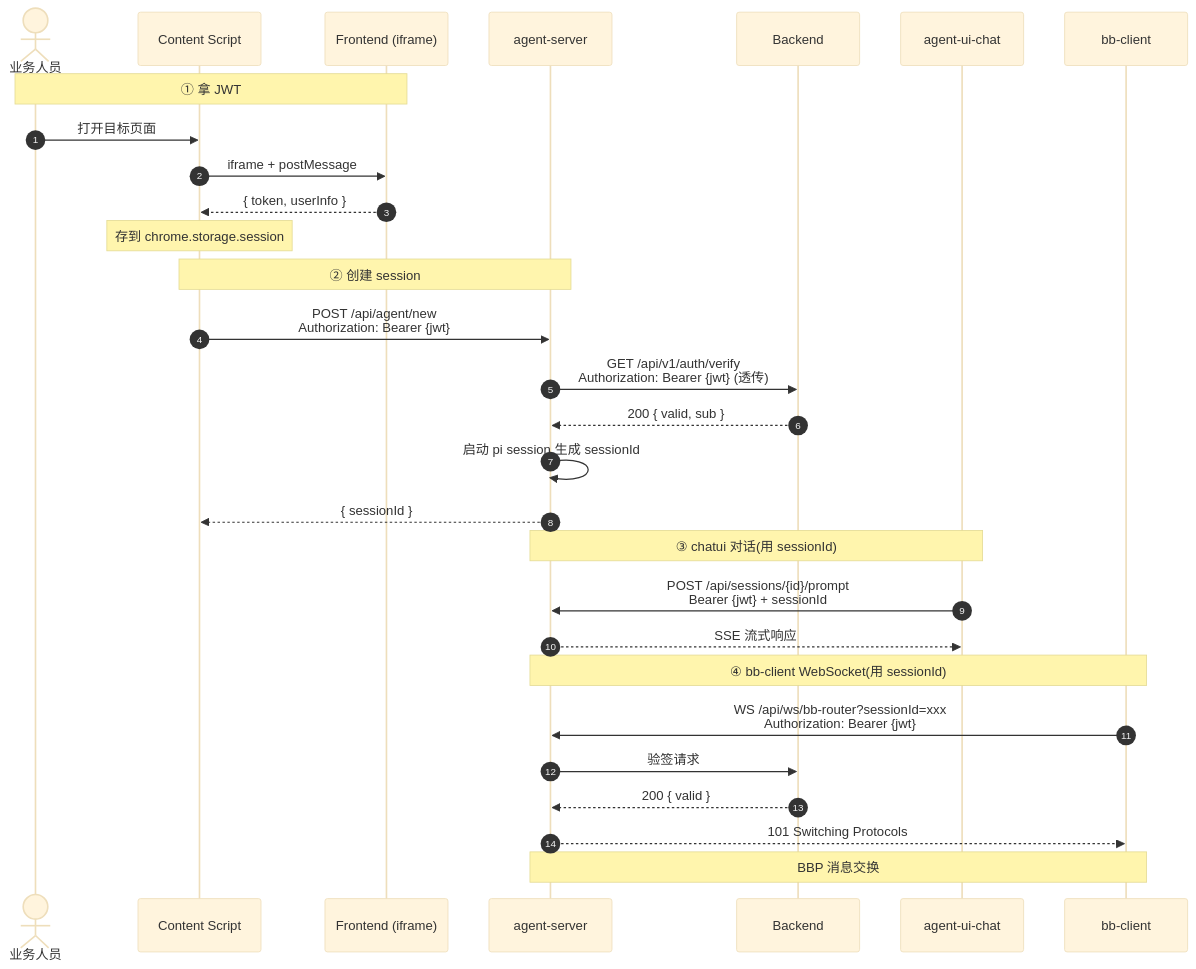
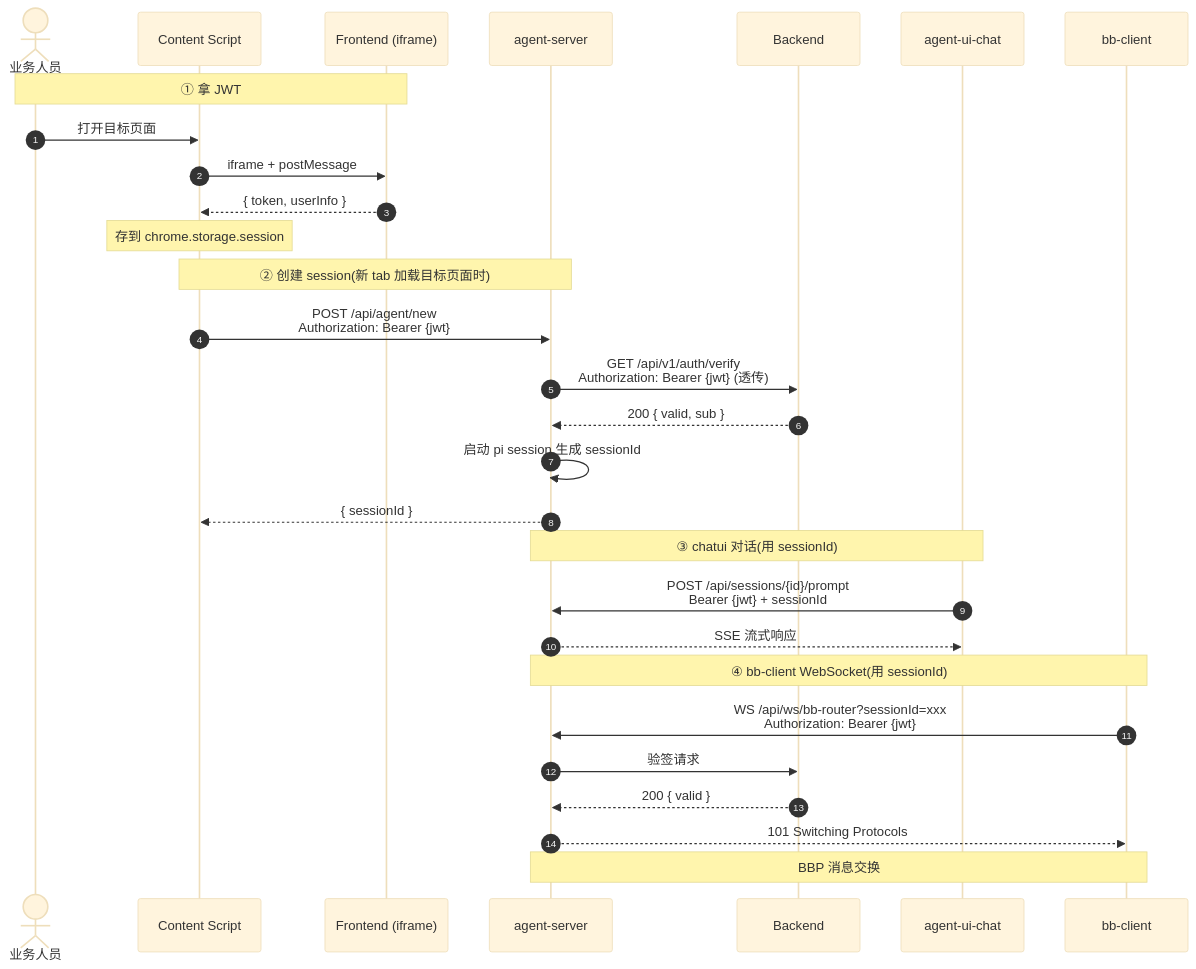
One commit to zhaoxin34/matrix changed the diagram in neo/design/docs/technical/agent-steer/auth-session.md. Above: the diagram before and after it, drawn with Mermaid (base theme). The commit also changed other lines of this file and 1 other file, not shown here.

First line of the commit message:
docs: align session model — tab 维度, AP reuses sessionId

````diff
--- a/neo/design/docs/technical/agent-steer/auth-session.md
+++ b/neo/design/docs/technical/agent-steer/auth-session.md
@@ -20,35 +20,35 @@
 ```mermaid
 sequenceDiagram
     autonumber
     actor U as 业务人员
     participant CS as Content Script
     participant FE as Frontend (iframe)
     participant SRV as agent-server
     participant BE as Backend
     participant CHAT as agent-ui-chat
     participant BB as bb-client
 
     Note over U,FE: ① 拿 JWT
     U->>CS: 打开目标页面
     CS->>FE: iframe + postMessage
     FE-->>CS: { token, userInfo }
     Note over CS: 存到 chrome.storage.session
 
-    Note over CS,SRV: ② 创建 session
+    Note over CS,SRV: ② 创建 session(新 tab 加载目标页面时)
     CS->>SRV: POST /api/agent/new<br/>Authorization: Bearer {jwt}
     SRV->>BE: GET /api/v1/auth/verify<br/>Authorization: Bearer {jwt} (透传)
     BE-->>SRV: 200 { valid, sub }
     SRV->>SRV: 启动 pi session,生成 sessionId
     SRV-->>CS: { sessionId }
 
     Note over CHAT,SRV: ③ chatui 对话(用 sessionId)
     CHAT->>SRV: POST /api/sessions/{id}/prompt<br/>Bearer {jwt} + sessionId
     SRV-->>CHAT: SSE 流式响应
 
     Note over BB,SRV: ④ bb-client WebSocket(用 sessionId)
     BB->>SRV: WS /api/ws/bb-router?sessionId=xxx<br/>Authorization: Bearer {jwt}
     SRV->>BE: 验签请求
     BE-->>SRV: 200 { valid }
     SRV-->>BB: 101 Switching Protocols
     Note over BB,SRV: BBP 消息交换
 ```
````
